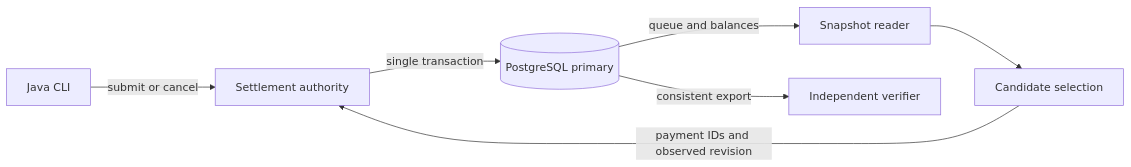
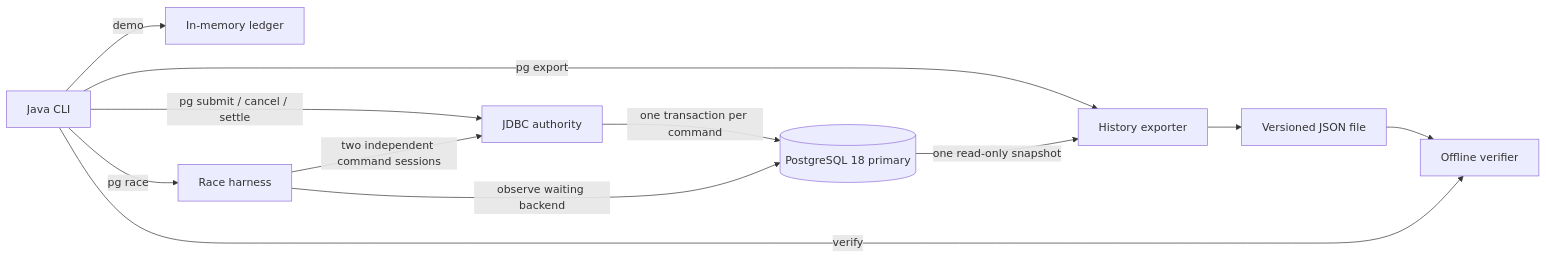
One commit to NachoEstevo/settlement-lab changed the first of 2 diagrams in docs/architecture.md. Above: the diagram before and after it, drawn with Mermaid. The commit also changed other lines of this file and 8 other files, not shown here.

Commit message:
feat: expose durable settlement, race recovery and verification in the CLI

````diff
--- a/docs/architecture.md
+++ b/docs/architecture.md
@@ -19,9 +5,14 @@
 ```mermaid
 flowchart LR
-    CLI[Java CLI] -->|submit or cancel| A[Settlement authority]
-    R[Snapshot reader] --> P[Candidate selection]
-    P -->|payment IDs and observed revision| A
-    A -->|single transaction| DB[(PostgreSQL primary)]
-    DB -->|queue and balances| R
-    DB -->|consistent export| V[Independent verifier]
+    CLI[Java CLI] -->|demo| M[In-memory ledger]
+    CLI -->|pg race| H[Race harness]
+    CLI -->|pg submit / cancel / settle| A[JDBC authority]
+    H -->|two independent command sessions| A
+    A -->|one transaction per command| DB[(PostgreSQL 18 primary)]
+    H -->|observe waiting backend| DB
+    CLI -->|pg export| E[History exporter]
+    DB -->|one read-only snapshot| E
+    E --> F[Versioned JSON file]
+    F --> V[Offline verifier]
+    CLI -->|verify| V
 ```
````
